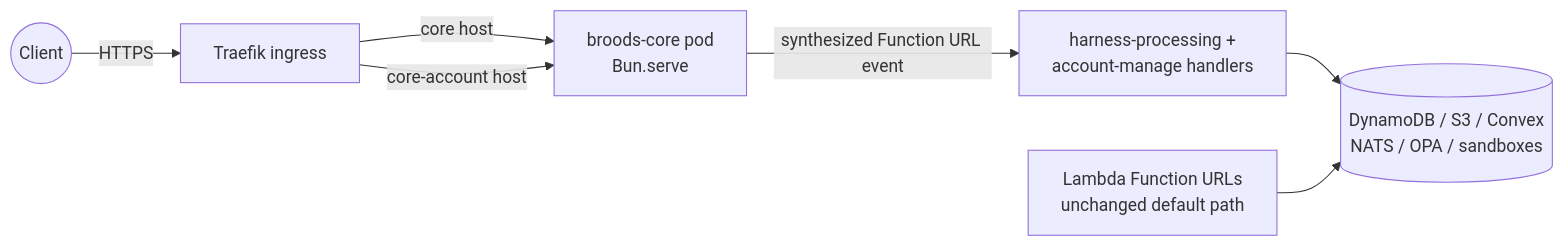
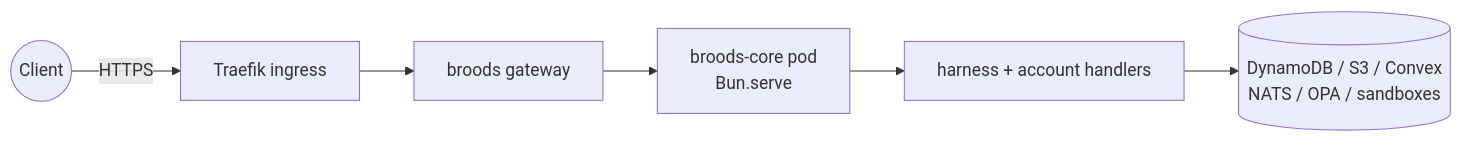
The first of 3 diagrams in apps/docs/docs/operations.md (beeblastco/broods), drawn with Mermaid before and after one commit. The commit also changed other lines of this file and 20 other files, not shown here.

First line of the commit message:
feat: stage 5 code-prep — cron route /v1/cron-runs, remove Lambda from sst, EventBridge API destination

````diff
--- a/apps/docs/docs/operations.md
+++ b/apps/docs/docs/operations.md
@@ -135,9 +133,8 @@
 ```mermaid
 flowchart LR
     Client((Client)) -->|HTTPS| Ingress[Traefik ingress]
-    Ingress -->|core host| Pod[broods-core pod\nBun.serve]
-    Ingress -->|core-account host| Pod
-    Pod -->|synthesized Function URL event| Handlers[harness-processing +\naccount-manage handlers]
+    Ingress --> Gateway[broods gateway]
+    Gateway --> Pod[broods-core pod\nBun.serve]
+    Pod --> Handlers[harness + account handlers]
     Handlers --> Data[(DynamoDB / S3 / Convex\nNATS / OPA / sandboxes)]
-    Lambda[Lambda Function URLs\nunchanged default path] --> Data
 ```
````
